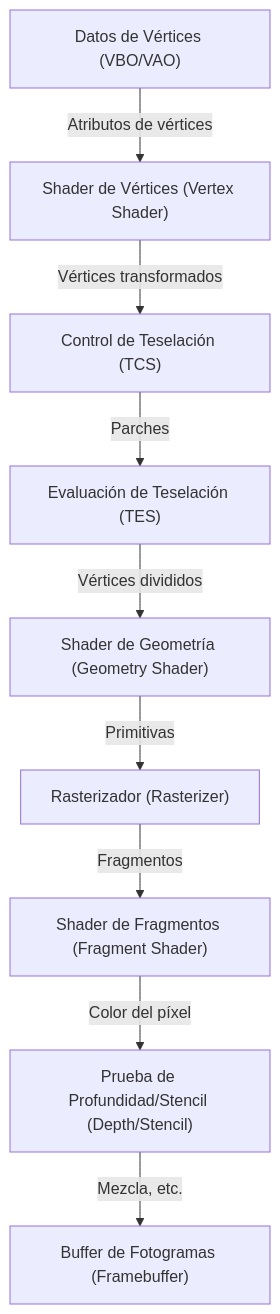
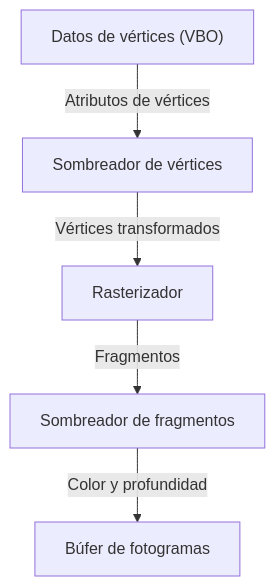
One commit to kenjinote/blog changed the second of 2 diagrams in content/post/opengl-basics-and-history/index.es.md. Above: the diagram before and after it, drawn with Mermaid. The commit also changed other lines of this file and 129 other files, not shown here.

````diff
--- a/content/post/opengl-basics-and-history/index.es.md
+++ b/content/post/opengl-basics-and-history/index.es.md
@@ -69,21 +48,7 @@
 ```mermaid
 graph TD
-    VBO["Datos de Vértices (VBO/VAO)"]
-    VS["Shader de Vértices (Vertex Shader)"]
-    TC["Control de Teselación (TCS)"]
-    TE["Evaluación de Teselación (TES)"]
-    GS["Shader de Geometría (Geometry Shader)"]
-    RS["Rasterizador (Rasterizer)"]
-    FS["Shader de Fragmentos (Fragment Shader)"]
-    TEST["Prueba de Profundidad/Stencil (Depth/Stencil)"]
-    FB["Buffer de Fotogramas (Framebuffer)"]
-
-    VBO -- "Atributos de vértices" --> VS
-    VS -- "Vértices transformados" --> TC
-    TC -- "Parches" --> TE
-    TE -- "Vértices divididos" --> GS
-    GS -- "Primitivas" --> RS
-    RS -- "Fragmentos" --> FS
-    FS -- "Color del píxel" --> TEST
-    TEST -- "Mezcla, etc." --> FB
+    VBO["Datos de vértices (VBO)"] -- "Atributos de vértices" --> VS["Sombreador de vértices"]
+    VS -- "Vértices transformados" --> RS["Rasterizador"]
+    RS -- "Fragmentos" --> FS["Sombreador de fragmentos"]
+    FS -- "Color y profundidad" --> FB["Búfer de fotogramas"]
 ```
````
